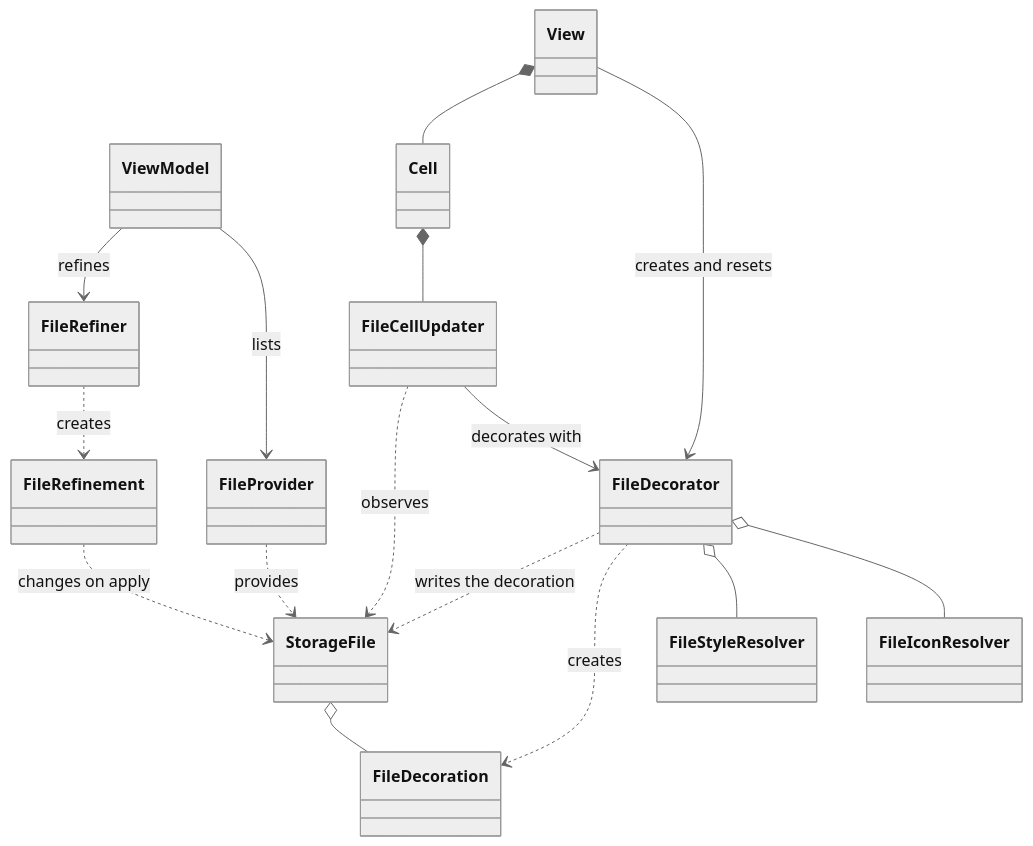
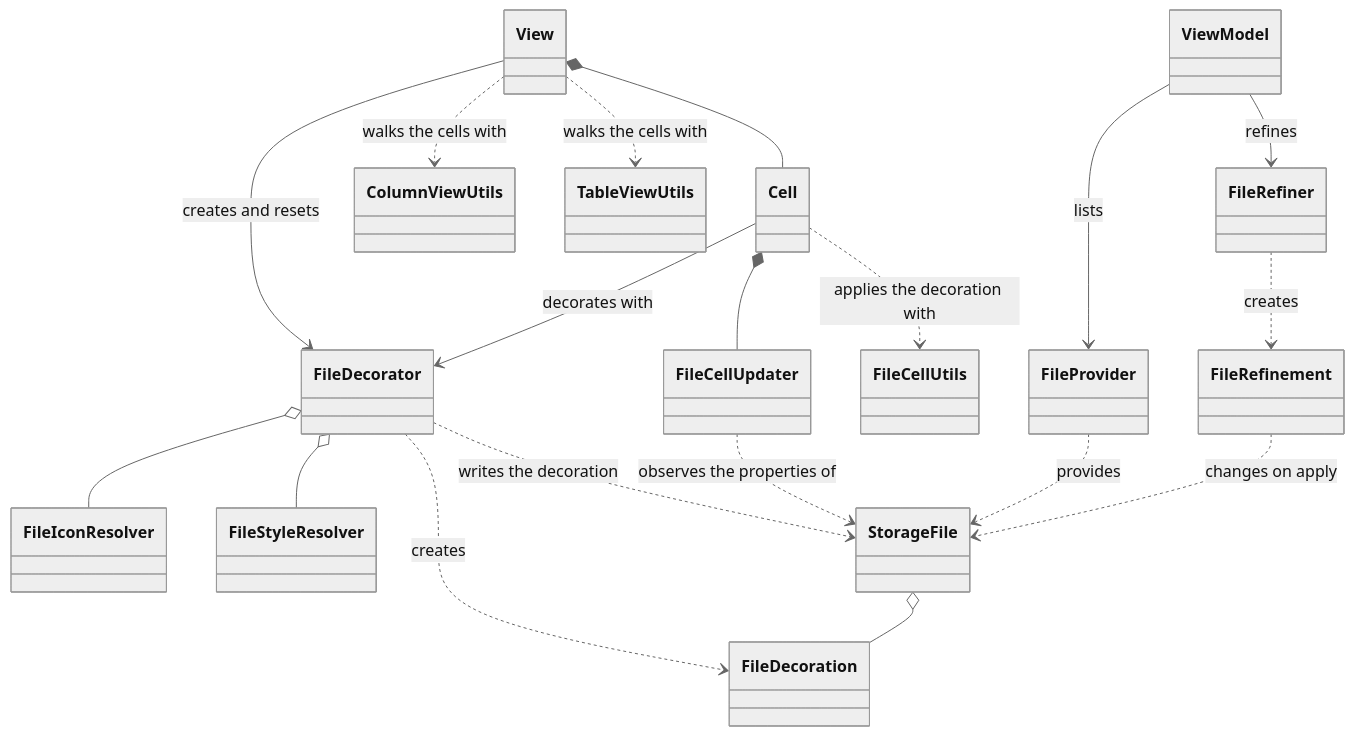
The third of 3 diagrams in README.md (techsenger/shellfx), drawn with Mermaid (neutral theme) before and after one commit. The commit also changed other lines of this file and 9 other files, not shown here.

Commit message:
Decorate files outside of FileCellUpdater

````diff
--- a/README.md
+++ b/README.md
@@ -1231,31 +1248,37 @@
 ```mermaid
 classDiagram
     class StorageFile
     class FileProvider
     class FileRefiner
     class FileRefinement
     class FileIconResolver
     class FileStyleResolver
     class FileDecoration
     class FileDecorator
     class FileCellUpdater
+    class FileCellUtils
+    class ColumnViewUtils
+    class TableViewUtils
     class ViewModel
     class View
     class Cell
 
     ViewModel --> FileProvider : lists
     ViewModel --> FileRefiner : refines
     FileProvider ..> StorageFile : provides
     FileRefiner ..> FileRefinement : creates
     FileRefinement ..> StorageFile : changes on apply
     View --> FileDecorator : creates and resets
+    View ..> ColumnViewUtils : walks the cells with
+    View ..> TableViewUtils : walks the cells with
     FileDecorator o-- FileIconResolver
     FileDecorator o-- FileStyleResolver
     FileDecorator ..> FileDecoration : creates
     FileDecorator ..> StorageFile : writes the decoration
     StorageFile o-- FileDecoration
     View *-- Cell
+    Cell --> FileDecorator : decorates with
     Cell *-- FileCellUpdater
-    FileCellUpdater --> FileDecorator : decorates with
-    FileCellUpdater ..> StorageFile : observes
+    Cell ..> FileCellUtils : applies the decoration with
+    FileCellUpdater ..> StorageFile : observes the properties of
 ```
````
